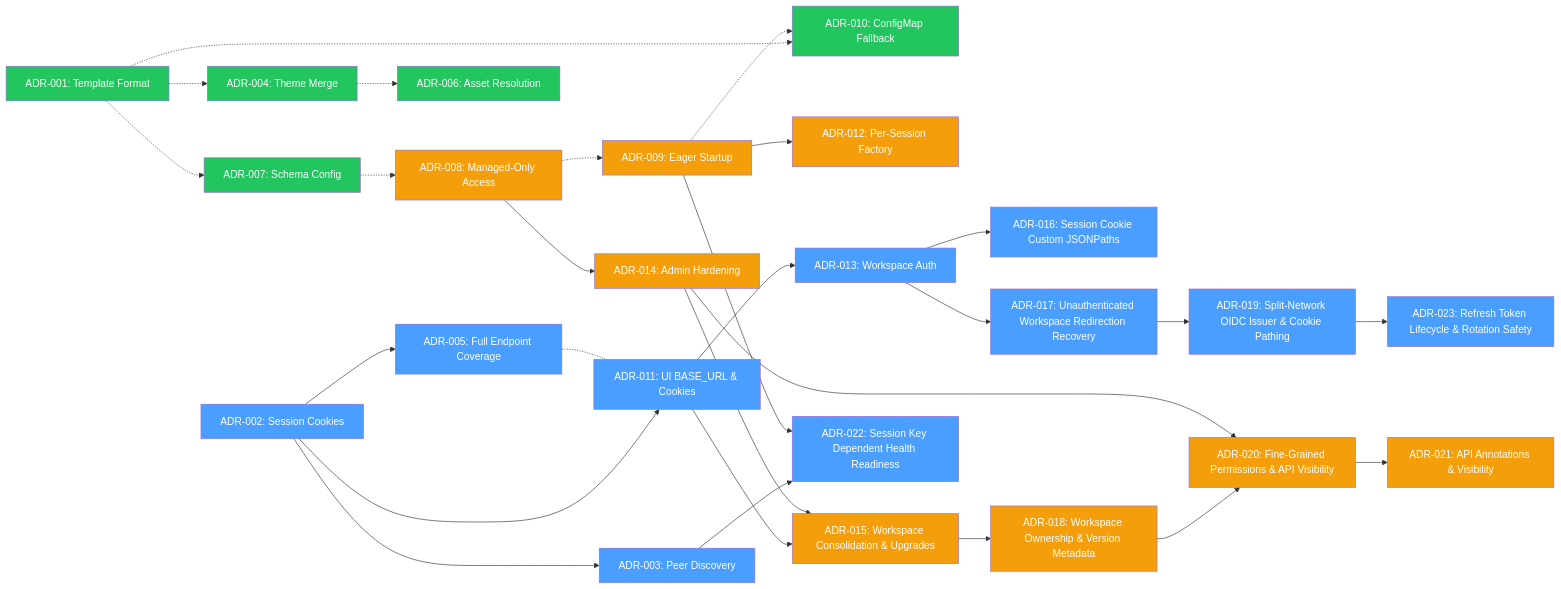
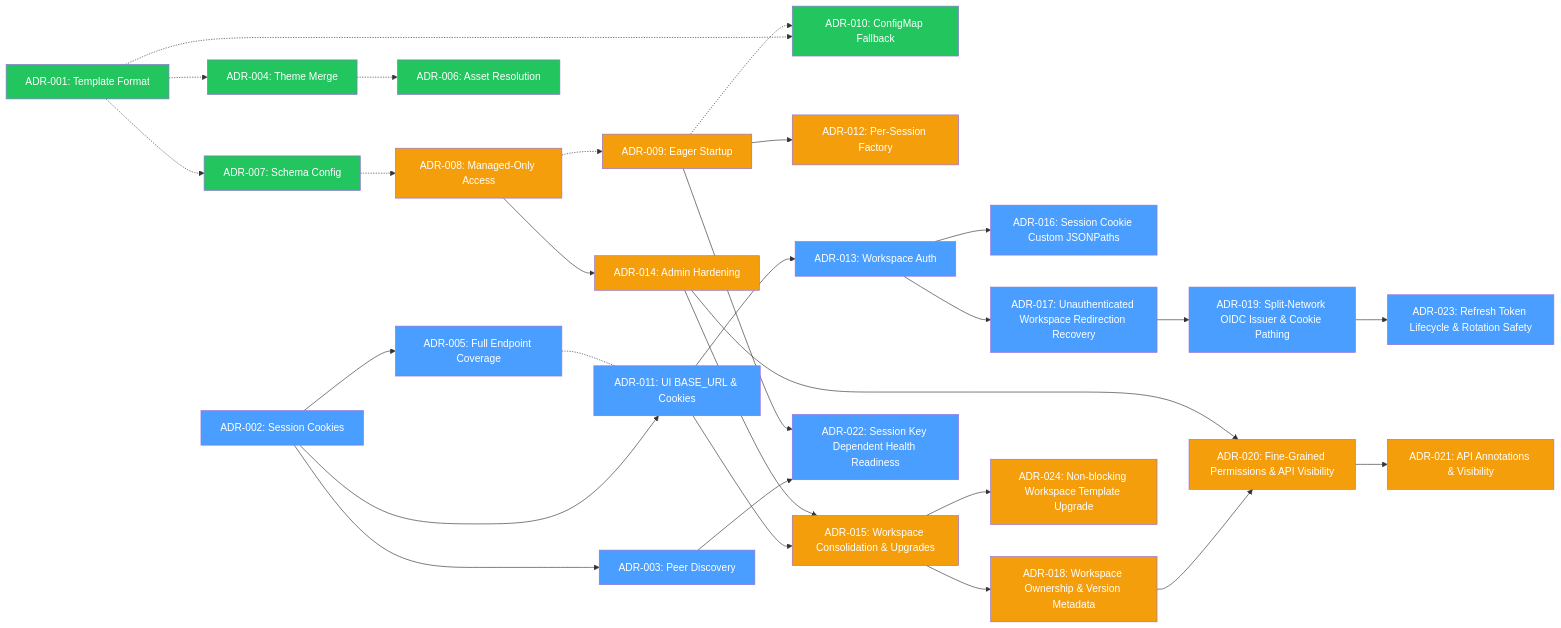
The diagram in docs/decisions/index.md (nogoo9/no-crd), drawn with Mermaid before and after one commit. The commit also changed other lines of this file and 30 other files, not shown here.

First line of the commit message:
feat(spawner): non-blocking upgrades & version bump to v0.12.0 (#34)

````diff
--- a/docs/decisions/index.md
+++ b/docs/decisions/index.md
@@ -48,52 +49,54 @@
 ```mermaid
 graph LR
     ADR002["ADR-002: Session Cookies"] --> ADR003["ADR-003: Peer Discovery"]
     ADR002 --> ADR005["ADR-005: Full Endpoint Coverage"]
     ADR001["ADR-001: Template Format"] -.-> ADR004["ADR-004: Theme Merge"]
     ADR004 -.-> ADR006["ADR-006: Asset Resolution"]
     ADR001 -.-> ADR007["ADR-007: Schema Config"]
     ADR007 -.-> ADR008["ADR-008: Managed-Only Access"]
     ADR008 -.-> ADR009["ADR-009: Eager Startup"]
     ADR001 -.-> ADR010["ADR-010: ConfigMap Fallback"]
     ADR009 -.-> ADR010
     ADR002 --> ADR011["ADR-011: UI BASE_URL & Cookies"]
     ADR005 -.- ADR011
     ADR009 --> ADR012["ADR-012: Per-Session Factory"]
     ADR011 --> ADR013["ADR-013: Workspace Auth"]
     ADR008 --> ADR014["ADR-014: Admin Hardening"]
     ADR011 --> ADR015["ADR-015: Workspace Consolidation & Upgrades"]
     ADR014 --> ADR015
     ADR013 --> ADR016["ADR-016: Session Cookie Custom JSONPaths"]
     ADR013 --> ADR017["ADR-017: Unauthenticated Workspace Redirection Recovery"]
     ADR015 --> ADR018["ADR-018: Workspace Ownership & Version Metadata"]
     ADR017 --> ADR019["ADR-019: Split-Network OIDC Issuer & Cookie Pathing"]
     ADR018 --> ADR020["ADR-020: Fine-Grained Permissions & API Visibility"]
     ADR014 --> ADR020
     ADR020 --> ADR021["ADR-021: API Annotations & Visibility"]
     ADR003 --> ADR022["ADR-022: Session Key Dependent Health Readiness"]
     ADR009 --> ADR022
     ADR019 --> ADR023["ADR-023: Refresh Token Lifecycle & Rotation Safety"]
+    ADR015 --> ADR024["ADR-024: Non-blocking Workspace Template Upgrade"]
     style ADR002 fill:#4a9eff,color:#fff
     style ADR003 fill:#4a9eff,color:#fff
     style ADR005 fill:#4a9eff,color:#fff
     style ADR001 fill:#22c55e,color:#fff
     style ADR004 fill:#22c55e,color:#fff
     style ADR006 fill:#22c55e,color:#fff
     style ADR007 fill:#22c55e,color:#fff
     style ADR008 fill:#f59e0b,color:#fff
     style ADR009 fill:#f59e0b,color:#fff
     style ADR010 fill:#22c55e,color:#fff
     style ADR011 fill:#4a9eff,color:#fff
     style ADR012 fill:#f59e0b,color:#fff
     style ADR013 fill:#4a9eff,color:#fff
     style ADR014 fill:#f59e0b,color:#fff
     style ADR015 fill:#f59e0b,color:#fff
     style ADR016 fill:#4a9eff,color:#fff
     style ADR017 fill:#4a9eff,color:#fff
     style ADR018 fill:#f59e0b,color:#fff
     style ADR019 fill:#4a9eff,color:#fff
     style ADR020 fill:#f59e0b,color:#fff
     style ADR021 fill:#f59e0b,color:#fff
     style ADR022 fill:#4a9eff,color:#fff
     style ADR023 fill:#4a9eff,color:#fff
+    style ADR024 fill:#f59e0b,color:#fff
 ```
````
